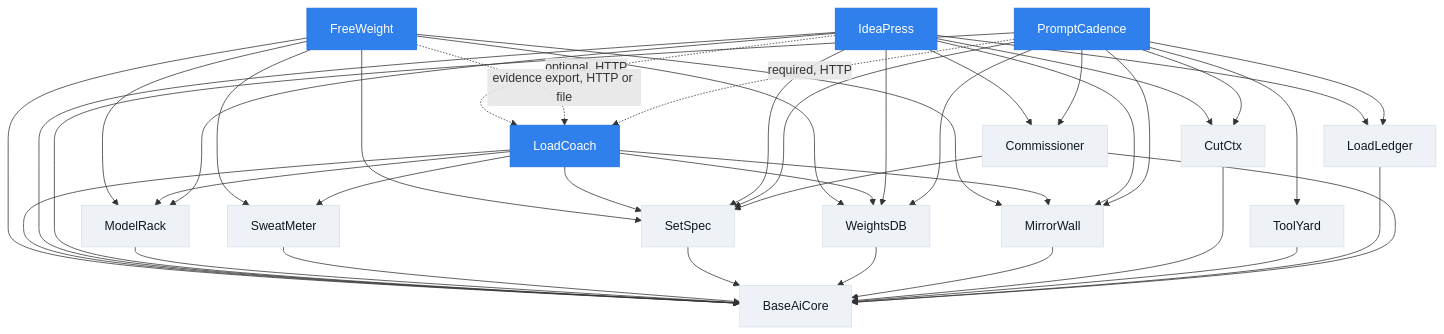
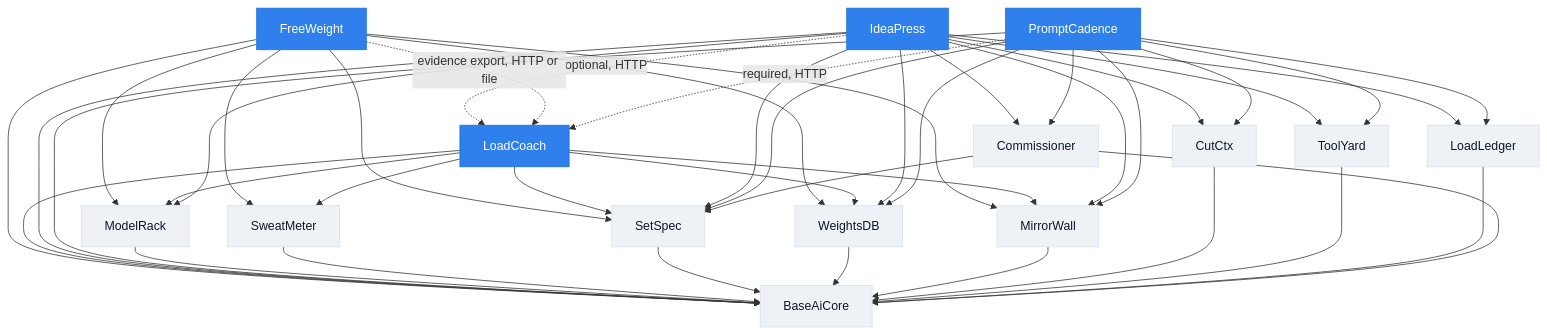
The first of 2 diagrams in architecture/executive-summary.md (JPKell/OpenWeight-Gym), drawn with Mermaid before and after one commit. The commit also changed 7 other files, not shown here.

Commit message:
docs(N1): reconcile the dependency diagrams; drop pydantic-settings from four specs

````diff
--- a/architecture/executive-summary.md
+++ b/architecture/executive-summary.md
@@ -74,39 +74,39 @@
 ```mermaid
 graph TD
     FW[FreeWeight]:::app
     LC[LoadCoach]:::app
     IP[IdeaPress]:::app
     PC[PromptCadence]:::app
 
     MR[ModelRack]:::pkg
     SM[SweatMeter]:::pkg
     SS[SetSpec]:::pkg
     WD[WeightsDB]:::pkg
     MW[MirrorWall]:::pkg
     CC[CutCtx]:::pkg
     TY[ToolYard]:::pkg
     LL[LoadLedger]:::pkg
     CM[Commissioner]:::pkg
     BC[BaseAiCore]:::pkg
 
     FW --> MR & SM & SS & WD & MW & BC
     LC --> MR & SM & SS & WD & MW & BC
-    IP --> MR & SS & WD & MW & CC & LL & CM & BC
+    IP --> MR & SS & WD & MW & CC & TY & LL & CM & BC
     PC --> SS & WD & MW & CC & TY & LL & CM & BC
     MR --> BC
     SM --> BC
     SS --> BC
     WD --> BC
     MW --> BC
     CC --> BC
     TY --> BC
     LL --> BC
     CM --> BC & SS
 
     IP -. "optional, HTTP" .-> LC
     FW -. "evidence export, HTTP or file" .-> LC
     PC -. "required, HTTP" .-> LC
 
     classDef app fill:#2F80ED,stroke:#1D6FDB,color:#fff
     classDef pkg fill:#EEF2F7,stroke:#D8E0E8,color:#0E1823
 ```
````
